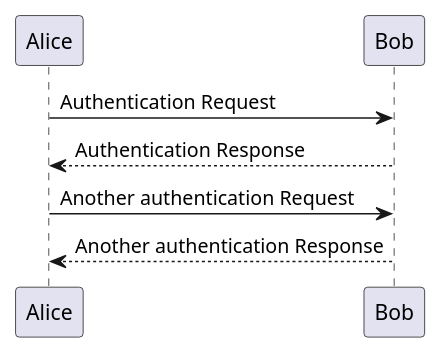
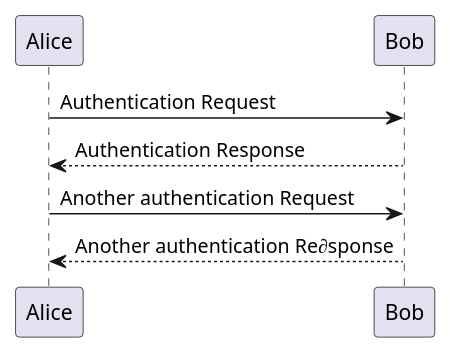
One commit to fixer-yamauchi/Docs changed the first of 29 diagrams in PlantUML_Doc/practice.pu. Above: the diagram before and after it, drawn with PlantUML. The commit also changed 1 other file, not shown here.

Commit message:
Documents of PlantUml Setup for Mac commit

```diff
--- a/PlantUML_Doc/practice.pu
+++ b/PlantUML_Doc/practice.pu
@@ -1,6 +1,6 @@
 @startuml
 Alice -> Bob: Authentication Request
 Bob --> Alice: Authentication Response
 Alice -> Bob: Another authentication Request
-Alice <-- Bob: Another authentication Response
+Alice <-- Bob: Another authentication Re∂sponse
 @enduml
```
